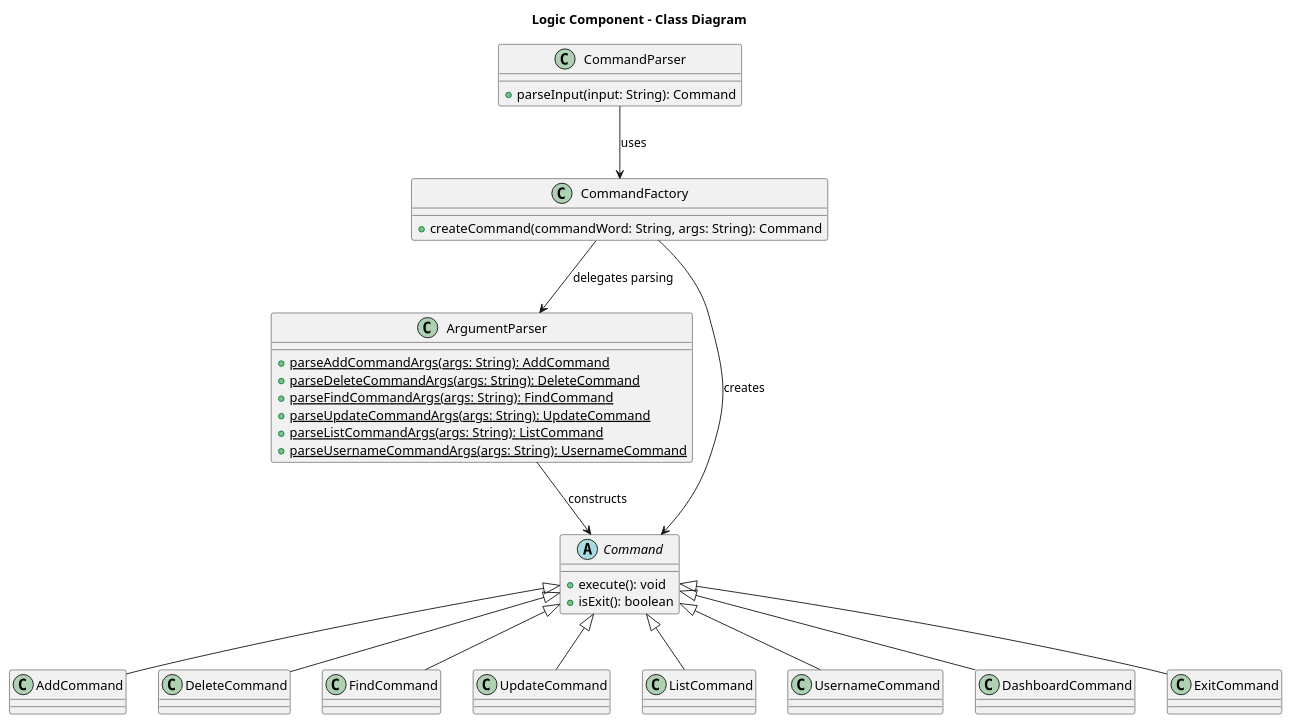
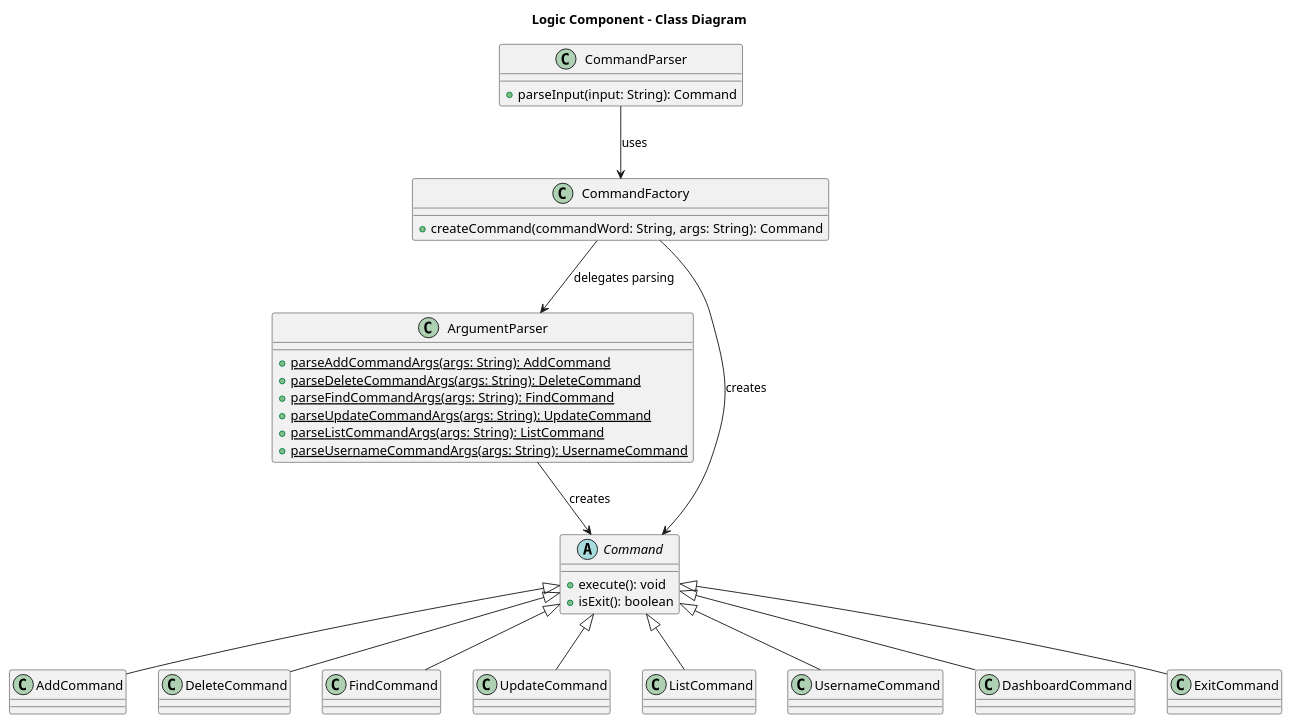
Before and after one commit to BenyAlbatross/tp: the diagram in docs/dg_diagrams/LogicComponentCD.puml, drawn with PlantUML. The commit also changed 2 other files, not shown here.

Commit message:
Update UML diagram

```diff
--- a/docs/dg_diagrams/LogicComponentCD.puml
+++ b/docs/dg_diagrams/LogicComponentCD.puml
@@ -1,48 +1,48 @@
 @startuml
 title Logic Component - Class Diagram
 
 class CommandParser {
     + parseInput(input: String): Command
 }
 
 class CommandFactory {
     + createCommand(commandWord: String, args: String): Command
 }
 
 class ArgumentParser {
     + {static} parseAddCommandArgs(args: String): AddCommand
     + {static} parseDeleteCommandArgs(args: String): DeleteCommand
     + {static} parseFindCommandArgs(args: String): FindCommand
     + {static} parseUpdateCommandArgs(args: String): UpdateCommand
     + {static} parseListCommandArgs(args: String): ListCommand
     + {static} parseUsernameCommandArgs(args: String): UsernameCommand
 }
 
 abstract class Command {
     + execute(): void
     + isExit(): boolean
 }
 
 class AddCommand
 class DeleteCommand
 class FindCommand
 class UpdateCommand
 class ListCommand
 class UsernameCommand
 class DashboardCommand
 class ExitCommand
 
 CommandParser --> CommandFactory : uses
 CommandFactory --> ArgumentParser : delegates parsing
 CommandFactory --> Command : creates
-ArgumentParser --> Command : constructs
+ArgumentParser --> Command : creates
 Command <|-- AddCommand
 Command <|-- DeleteCommand
 Command <|-- FindCommand
 Command <|-- UpdateCommand
 Command <|-- ListCommand
 Command <|-- UsernameCommand
 Command <|-- DashboardCommand
 Command <|-- ExitCommand
 
 @enduml
```
